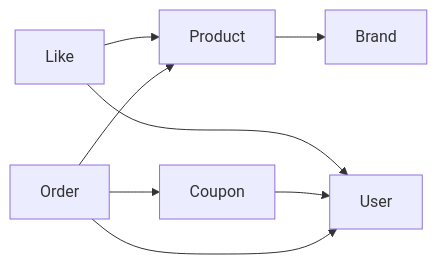
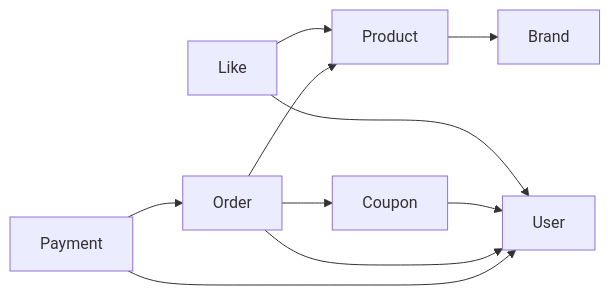
The diagram in docs/design/domain-map.md (Loopers-dev-lab/loop-pack-be-l2-vol3-java), drawn with Mermaid before and after one commit. The commit also changed other lines of this file and 12 other files, not shown here.

````diff
--- a/docs/design/domain-map.md
+++ b/docs/design/domain-map.md
@@ -8,10 +8,12 @@
 ```mermaid
 graph LR
+    Payment --> Order
+    Payment --> User
     Order --> Product
     Order --> User
     Order --> Coupon
     Coupon --> User
     Like --> Product
     Like --> User
     Product --> Brand
 ```
````
